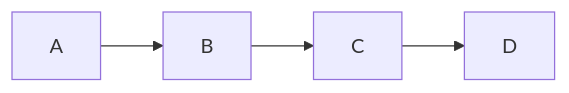
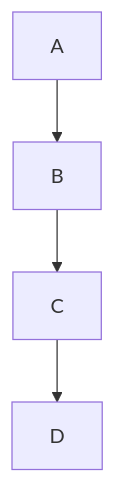
Before and after one commit to ICR-SC/good-practice: the third of 3 diagrams in docs/examples/streamlit1.md, drawn with Mermaid.

````diff
--- a/docs/examples/streamlit1.md
+++ b/docs/examples/streamlit1.md
@@ -176,10 +176,10 @@
 ``` mermaid
-flowchart LR
+flowchart
     A-->B
     B-->C
     C-->D
     click A callback "Tooltip for a callback"
     click B "https://www.github.com" "This is a tooltip for a link"
     click C call callback() "Tooltip for a callback"
     click D href "https://www.github.com" "This is a tooltip for a link"
 ```
````
